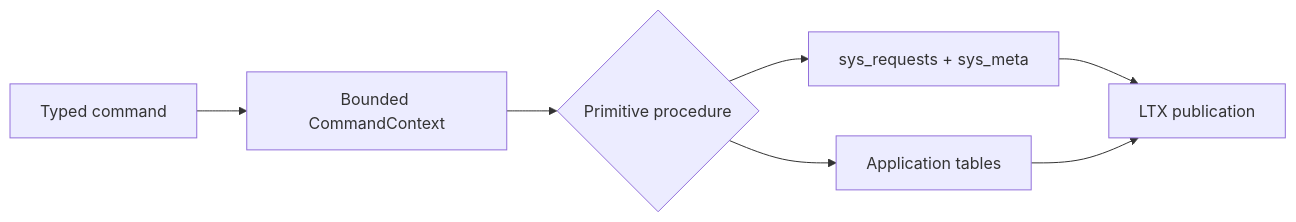
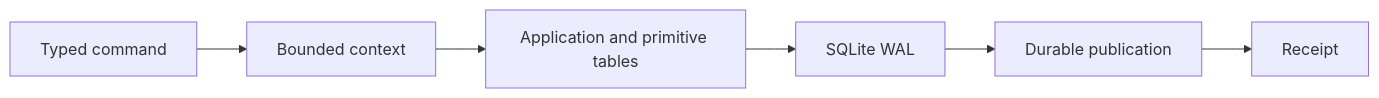
Before and after one commit to andypeng2015/cellule: the first of 2 diagrams in crates/cellule-runtime/docs/primitives.md, drawn with Mermaid. The commit also changed other lines of this file and 181 other files, not shown here.

````diff
--- a/crates/cellule-runtime/docs/primitives.md
+++ b/crates/cellule-runtime/docs/primitives.md
@@ -17,15 +7,8 @@
 ```mermaid
 flowchart LR
-    Command[Typed command]
-    Context[Bounded CommandContext]
-    Primitive{Primitive procedure}
-    Ledger[sys_requests + sys_meta]
-    App[Application tables]
-    LTX[LTX publication]
-
-    Command --> Context --> Primitive
-    Primitive --> Ledger
-    Primitive --> App
-    Ledger --> LTX
-    App --> LTX
+    Command[Typed command] --> Context[Bounded context]
+    Context --> Tables[Application and primitive tables]
+    Tables --> WAL[SQLite WAL]
+    WAL --> Publish[Durable publication]
+    Publish --> Receipt[Receipt]
 ```
````
